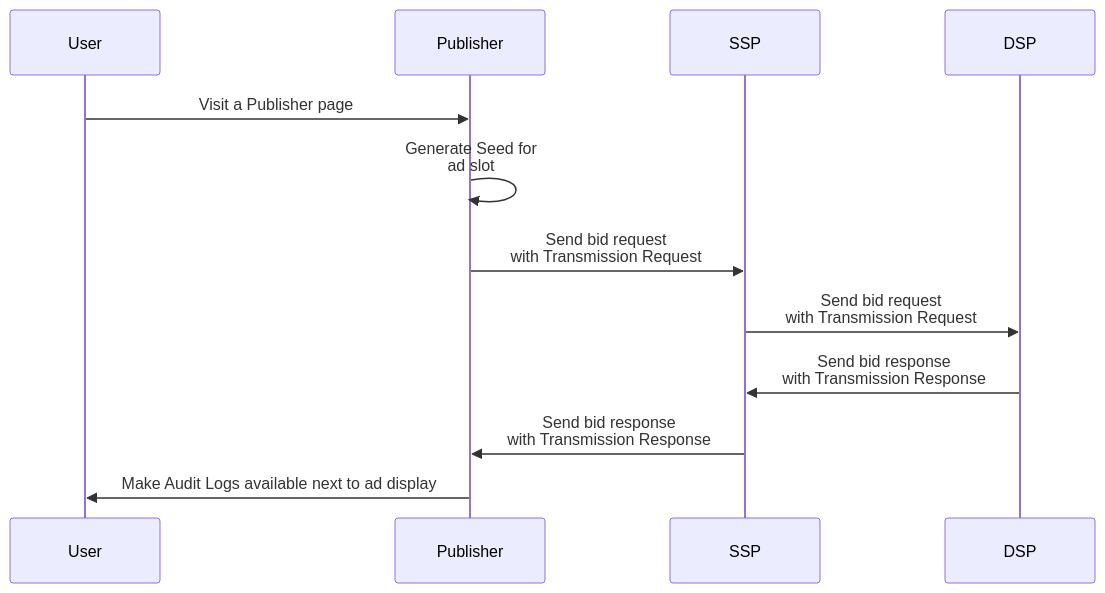
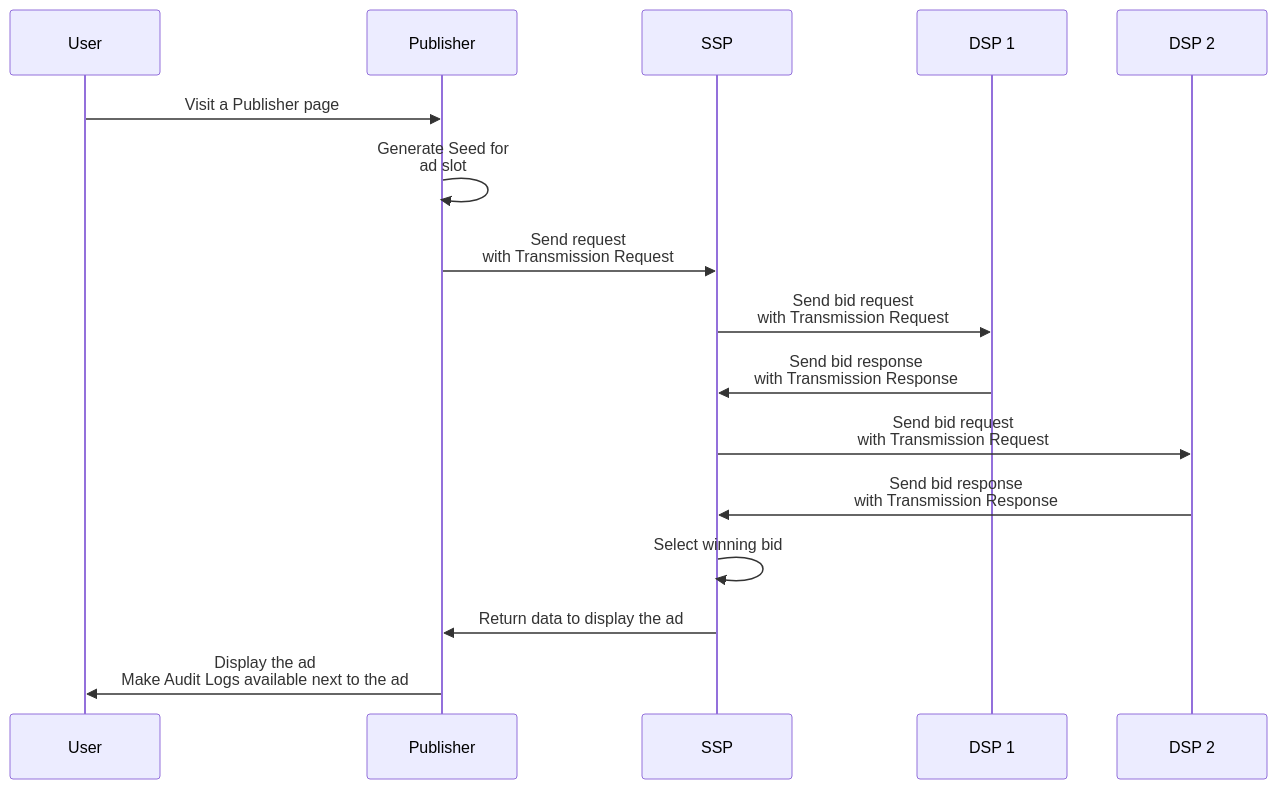
Before and after one commit to OneKey-Network/addressability-framework: the second of 2 diagrams in mvp-spec/workflows.md, drawn with Mermaid. The commit also changed other lines of this file, not shown here.

````diff
--- a/mvp-spec/workflows.md
+++ b/mvp-spec/workflows.md
@@ -49,15 +49,19 @@
 ```mermaid
 sequenceDiagram
     participant User
     participant Publisher
     participant SSP
-    participant DSP
+    participant DSP 1
+    participant DSP 2
 
     User->>Publisher: Visit a Publisher page
     Publisher->>Publisher: Generate Seed for <br /> ad slot
-    Publisher->>SSP: Send bid request<br />with Transmission Request
-    SSP->>DSP: Send bid request<br />with Transmission Request
-    DSP->>SSP: Send bid response<br />with Transmission Response
-    SSP->>Publisher: Send bid response<br />with Transmission Response
-    Publisher->>User: Make Audit Logs available next to ad display
+    Publisher->>SSP: Send request<br />with Transmission Request
+    SSP->>DSP 1: Send bid request<br />with Transmission Request
+    DSP 1->>SSP: Send bid response<br />with Transmission Response
+    SSP->>DSP 2: Send bid request<br />with Transmission Request
+    DSP 2->>SSP: Send bid response<br />with Transmission Response
+    SSP->>SSP: Select winning bid
+    SSP->>Publisher: Return data to display the ad
+    Publisher->>User: Display the ad <br />Make Audit Logs available next to the ad
 ```
````
